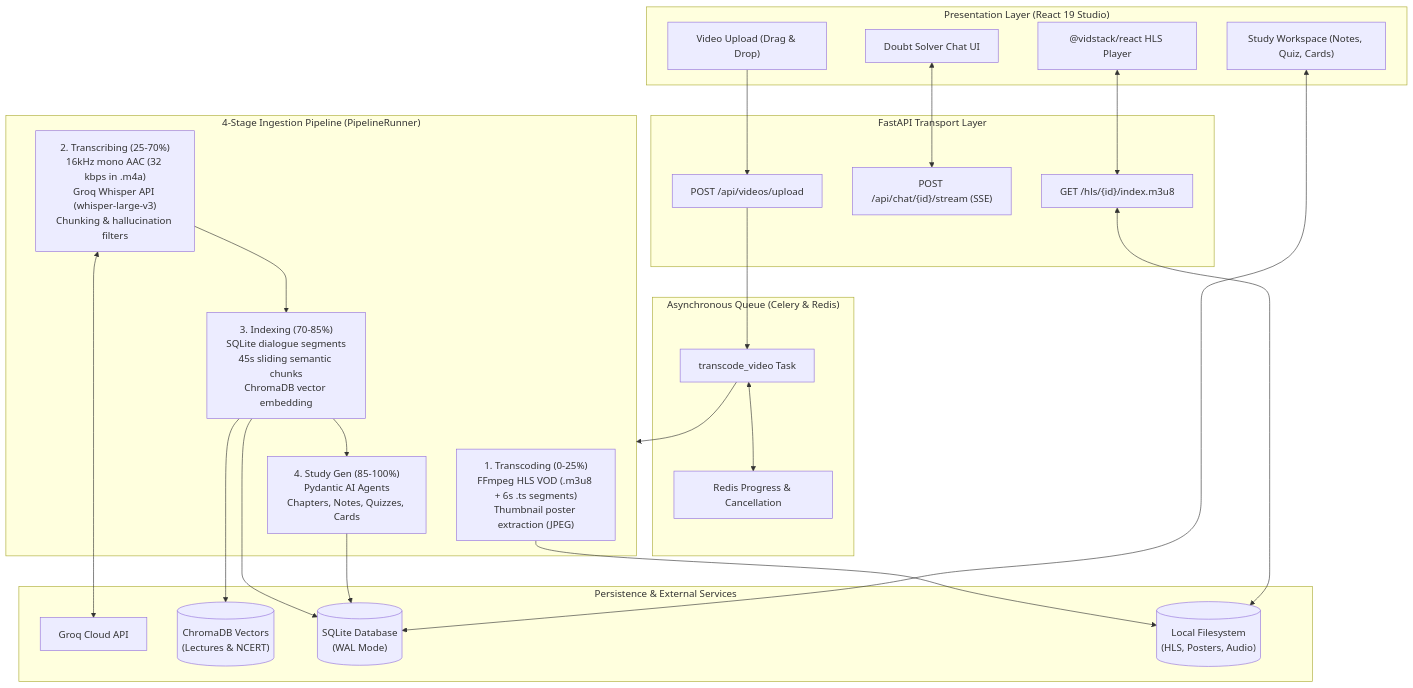
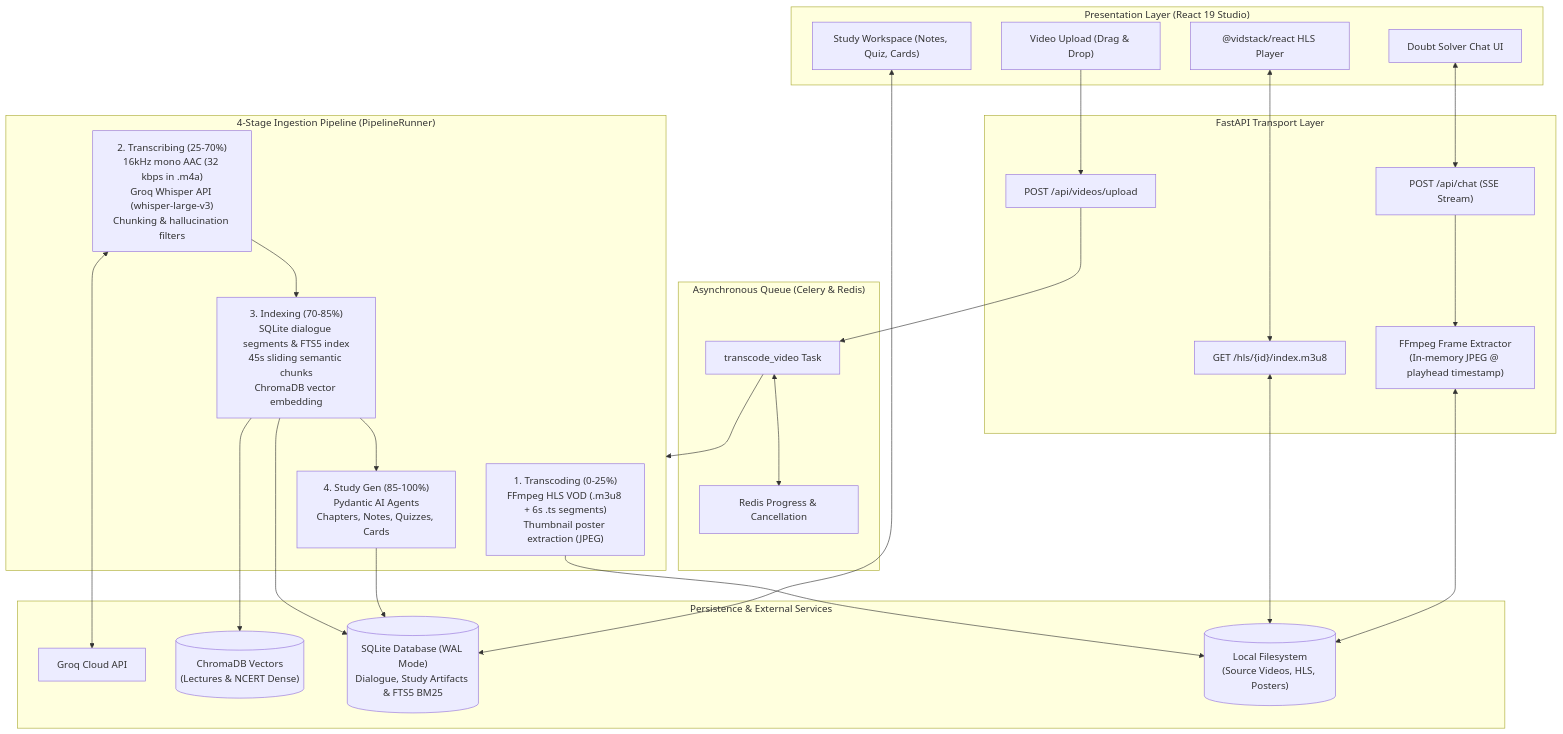
One commit to amanverma-765/doubtless changed the first of 2 diagrams in README.md. Above: the diagram before and after it, drawn with Mermaid. The commit also changed other lines of this file and 6 other files, not shown here.

````diff
--- a/README.md
+++ b/README.md
@@ -41,52 +42,55 @@
 ```mermaid
 flowchart TD
     subgraph Client["Presentation Layer (React 19 Studio)"]
         Upload["Video Upload (Drag & Drop)"]
         Player["@vidstack/react HLS Player"]
         ChatUI["Doubt Solver Chat UI"]
         Workspace["Study Workspace (Notes, Quiz, Cards)"]
     end
 
     subgraph API["FastAPI Transport Layer"]
         UploadRouter["POST /api/videos/upload"]
-        ChatRouter["POST /api/chat/{id}/stream (SSE)"]
+        ChatRouter["POST /api/chat (SSE Stream)"]
         StreamRouter["GET /hls/{id}/index.m3u8"]
+        FrameExtract["FFmpeg Frame Extractor<br/>(In-memory JPEG @ playhead timestamp)"]
     end
 
     subgraph Worker["Asynchronous Queue (Celery & Redis)"]
         CeleryTask["transcode_video Task"]
         RedisState["Redis Progress & Cancellation"]
     end
 
     subgraph Pipeline["4-Stage Ingestion Pipeline (PipelineRunner)"]
         Stage1["1. Transcoding (0-25%)<br/>FFmpeg HLS VOD (.m3u8 + 6s .ts segments)<br/>Thumbnail poster extraction (JPEG)"]
         Stage2["2. Transcribing (25-70%)<br/>16kHz mono AAC (32 kbps in .m4a)<br/>Groq Whisper API (whisper-large-v3)<br/>Chunking & hallucination filters"]
-        Stage3["3. Indexing (70-85%)<br/>SQLite dialogue segments<br/>45s sliding semantic chunks<br/>ChromaDB vector embedding"]
+        Stage3["3. Indexing (70-85%)<br/>SQLite dialogue segments & FTS5 index<br/>45s sliding semantic chunks<br/>ChromaDB vector embedding"]
         Stage4["4. Study Gen (85-100%)<br/>Pydantic AI Agents<br/>Chapters, Notes, Quizzes, Cards"]
     end
 
     subgraph Storage["Persistence & External Services"]
         GroqAPI["Groq Cloud API"]
-        ChromaStore[("ChromaDB Vectors<br/>(Lectures & NCERT)")]
-        SQLiteDB[("SQLite Database<br/>(WAL Mode)")]
-        FileStore[("Local Filesystem<br/>(HLS, Posters, Audio)")]
+        ChromaStore[("ChromaDB Vectors<br/>(Lectures & NCERT Dense)")]
+        SQLiteDB[("SQLite Database (WAL Mode)<br/>Dialogue, Study Artifacts & FTS5 BM25")]
+        FileStore[("Local Filesystem<br/>(Source Videos, HLS, Posters)")]
     end
 
     Upload --> UploadRouter
     UploadRouter --> CeleryTask
     CeleryTask <--> RedisState
     CeleryTask --> Pipeline
 
     Stage1 --> FileStore
     Stage2 <--> GroqAPI
     Stage2 --> Stage3
     Stage3 --> SQLiteDB
     Stage3 --> ChromaStore
     Stage3 --> Stage4
     Stage4 --> SQLiteDB
 
     Player <--> StreamRouter
     StreamRouter <--> FileStore
     ChatUI <--> ChatRouter
+    ChatRouter --> FrameExtract
+    FrameExtract <--> FileStore
     Workspace <--> SQLiteDB
 ```
````
